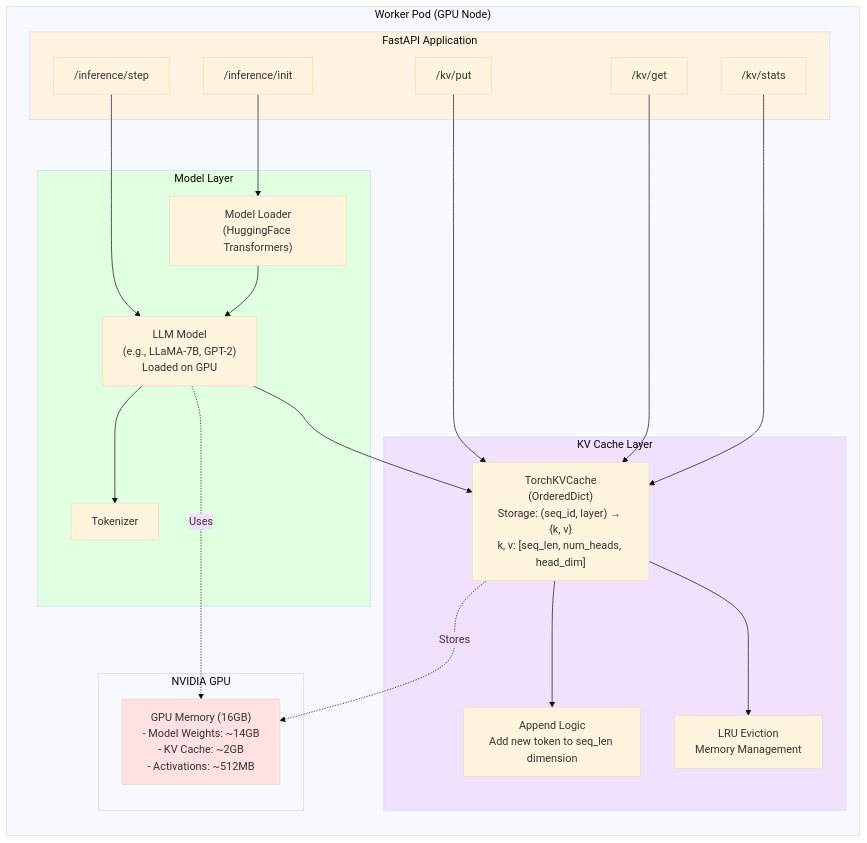
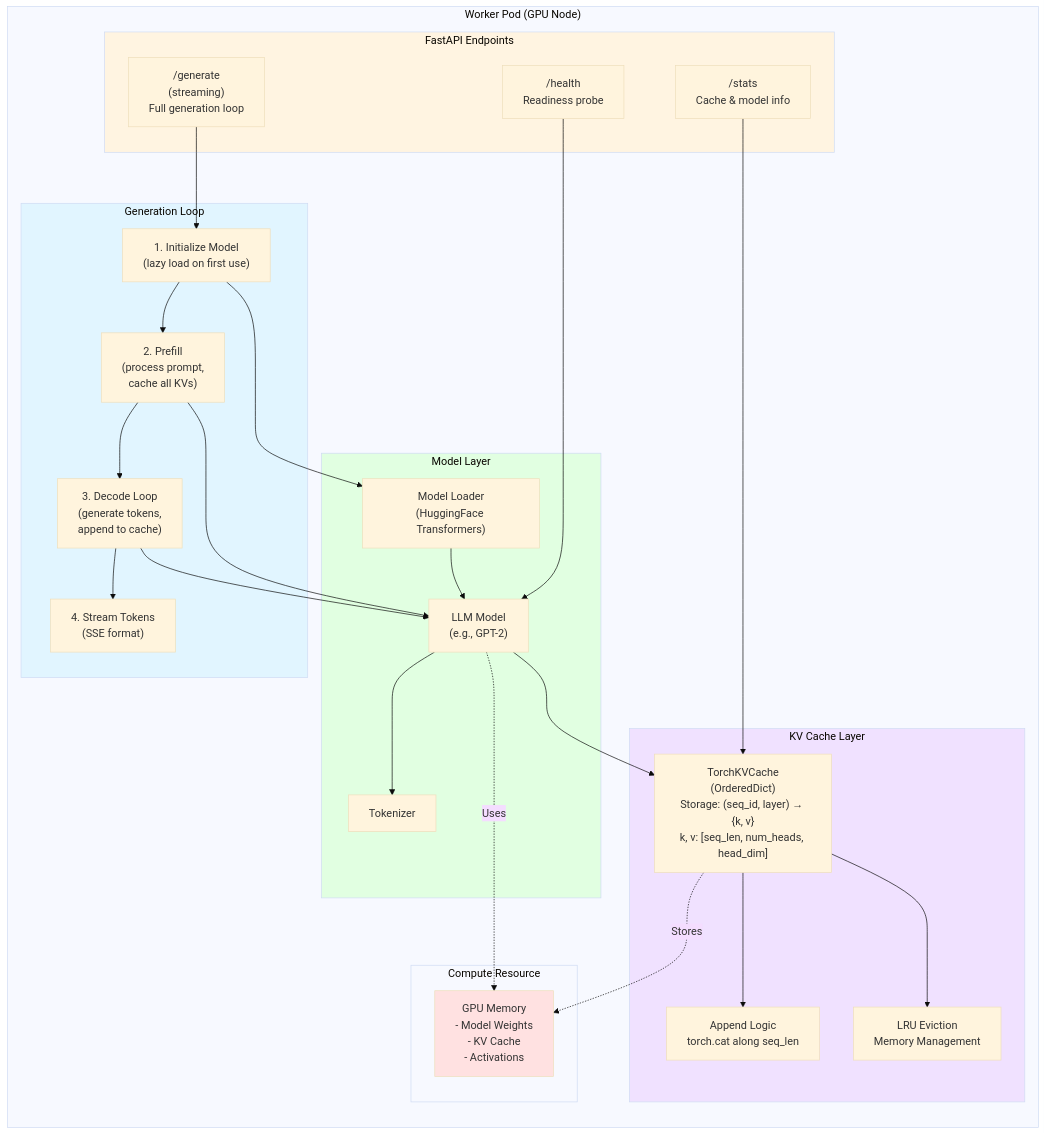
One commit to ndminhvn/distributed-kv-cache changed the fifth of 8 diagrams in docs/DIAGRAMS.md. Above: the diagram before and after it, drawn with Mermaid (base theme). The commit also changed other lines of this file, not shown here.

Commit message:
doc: update worker internal architecture diagram

````diff
--- a/docs/DIAGRAMS.md
+++ b/docs/DIAGRAMS.md
@@ -241,48 +241,58 @@
 ```mermaid
 flowchart LR
     subgraph Worker["Worker Pod (GPU Node)"]
-        subgraph API["FastAPI Application"]
-            ENDPOINT1["/inference/init"]
-            ENDPOINT2["/inference/step"]
-            ENDPOINT3["/kv/put"]
-            ENDPOINT4["/kv/get"]
-            ENDPOINT5["/kv/stats"]
+        subgraph API["FastAPI Endpoints"]
+            GENERATE["/generate<br/>(streaming)<br/>Full generation loop"]
+            STATS["/stats<br/>Cache & model info"]
+            HEALTH["/health<br/>Readiness probe"]
+        end
+
+        subgraph GenLoop["Generation Loop"]
+            INIT["1. Initialize Model<br/>(lazy load on first use)"]
+            PREFILL["2. Prefill<br/>(process prompt,<br/>cache all KVs)"]
+            DECODE["3. Decode Loop<br/>(generate tokens,<br/>append to cache)"]
+            STREAM["4. Stream Tokens<br/>(SSE format)"]
         end
 
         subgraph Model["Model Layer"]
             LOADER["Model Loader<br/>(HuggingFace Transformers)"]
-            LLM["LLM Model<br/>(e.g., LLaMA-7B, GPT-2)<br/>Loaded on GPU"]
+            LLM["LLM Model<br/>(e.g., GPT-2)"]
             TOKENIZER["Tokenizer"]
         end
 
         subgraph Cache["KV Cache Layer"]
             KVCACHE["TorchKVCache<br/>(OrderedDict)<br/>Storage: (seq_id, layer) → {k, v}<br/>k, v: [seq_len, num_heads, head_dim]"]
-            APPEND["Append Logic<br/>Add new token to seq_len dimension"]
+            APPEND["Append Logic<br/>torch.cat along seq_len"]
             EVICT["LRU Eviction<br/>Memory Management"]
         end
 
-        subgraph GPU["NVIDIA GPU"]
-            VRAM["GPU Memory (16GB)<br/>- Model Weights: ~14GB<br/>- KV Cache: ~2GB<br/>- Activations: ~512MB"]
+        subgraph Compute["Compute Resource"]
+            DEVICE["GPU Memory<br/>- Model Weights<br/>- KV Cache<br/>- Activations"]
         end
     end
 
-    ENDPOINT1 --> LOADER
-    ENDPOINT2 --> LLM
-    ENDPOINT3 --> KVCACHE
-    ENDPOINT4 --> KVCACHE
-    ENDPOINT5 --> KVCACHE
+    GENERATE --> INIT
+    INIT --> PREFILL
+    PREFILL --> DECODE
+    DECODE --> STREAM
+    STATS --> KVCACHE
+    HEALTH --> LLM
 
+    INIT --> LOADER
+    PREFILL --> LLM
+    DECODE --> LLM
     LOADER --> LLM
     LLM --> TOKENIZER
     LLM --> KVCACHE
     KVCACHE --> APPEND
     KVCACHE --> EVICT
 
-    LLM -.->|Uses| VRAM
-    KVCACHE -.->|Stores| VRAM
+    LLM -.->|Uses| DEVICE
+    KVCACHE -.->|Stores| DEVICE
 
     style API fill:#fff4e1
+    style GenLoop fill:#e1f5ff
     style Model fill:#e1ffe1
     style Cache fill:#f0e1ff
-    style VRAM fill:#ffe1e1
+    style DEVICE fill:#ffe1e1
 ```
````
